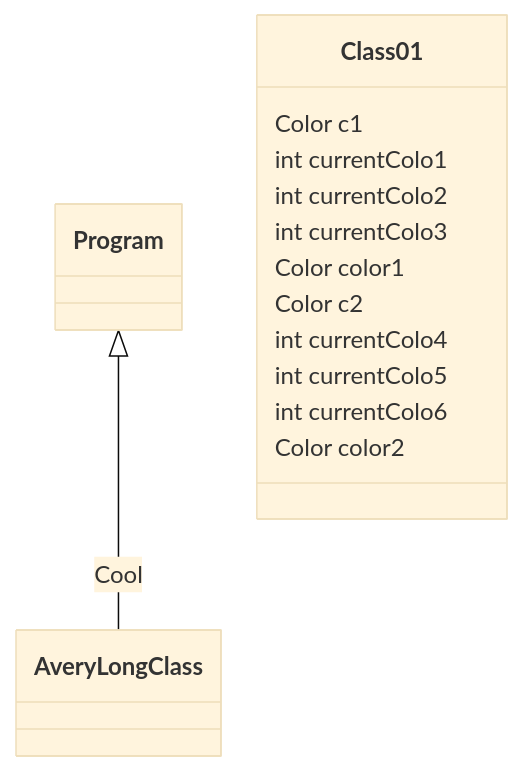
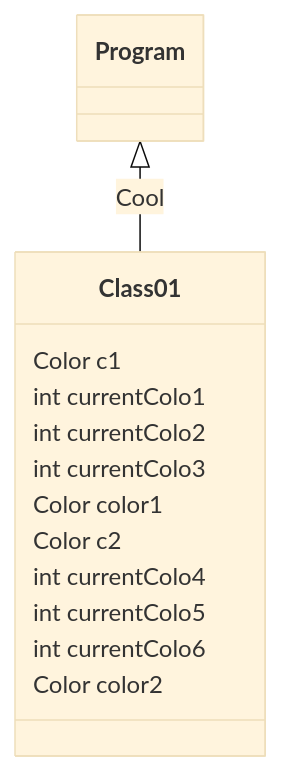
Before and after one commit to FabioRibeiro404/LP1Semana06: the diagram in README.md, drawn with Mermaid (base theme).

````diff
--- a/README.md
+++ b/README.md
@@ -3,18 +3,18 @@
 ```mermaid
  classDiagram
-Program <|-- AveryLongClass : Cool
+Program <|-- Class01 : Cool
 
 Class01 : Color c1
 Class01 : int currentColo1
 Class01 : int currentColo2
 Class01 : int currentColo3
 Class01 : Color color1
 Class01 : Color c2
 Class01 : int currentColo4
 Class01 : int currentColo5
 Class01 : int currentColo6
 Class01 : Color color2
 
 
 
 ```
````
